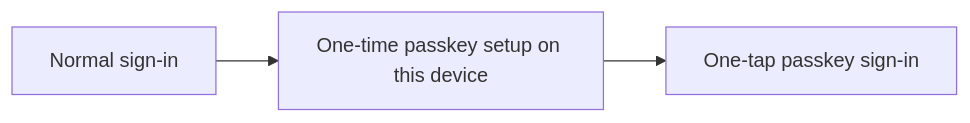
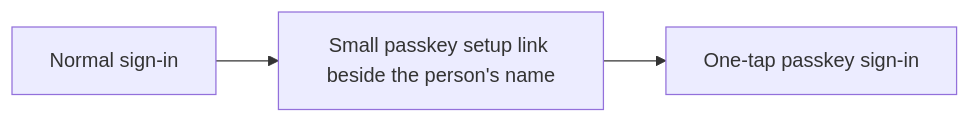
One commit to staceykay67/scalemaker-hris-showcase changed the fourth of 23 diagrams in README.md. Above: the diagram before and after it, drawn with Mermaid. The commit also changed other lines of this file, not shown here.

````diff
--- a/README.md
+++ b/README.md
@@ -204,5 +208,5 @@
 ```mermaid
 flowchart LR
-    SignIn["Normal sign-in"] --> Offer["One-time passkey setup on this device"]
+    SignIn["Normal sign-in"] --> Offer["Small passkey setup link beside the person's name"]
     Offer --> Tap["One-tap passkey sign-in"]
 ```
````
